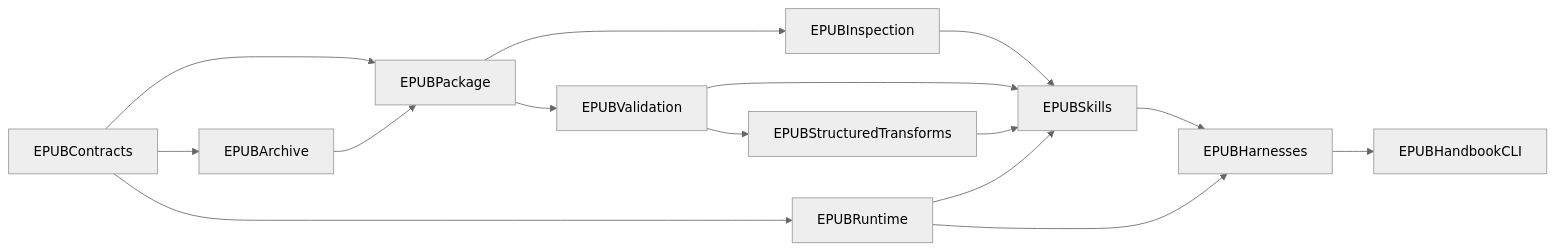
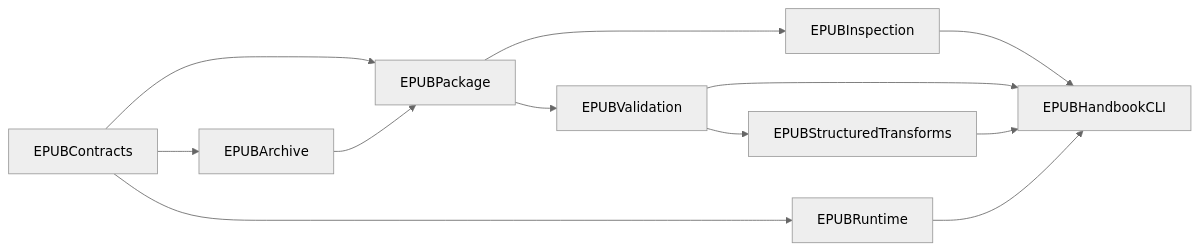
The diagram in docs/plans/2026-06-20-swift-core-macos-gui-plan.md (liyafly/epub-handbook), drawn with Mermaid (neutral theme) before and after one commit. The commit also changed other lines of this file and 19 other files, not shown here.

````diff
--- a/docs/plans/2026-06-20-swift-core-macos-gui-plan.md
+++ b/docs/plans/2026-06-20-swift-core-macos-gui-plan.md
@@ -74,17 +70,14 @@
 ```mermaid
 flowchart LR
     C[EPUBContracts] --> A[EPUBArchive]
     C --> P[EPUBPackage]
     A --> P
     P --> I[EPUBInspection]
     P --> V[EPUBValidation]
     V --> T[EPUBStructuredTransforms]
     C --> R[EPUBRuntime]
-    I --> S[EPUBSkills]
-    V --> S
-    T --> S
-    R --> S
-    S --> H[EPUBHarnesses]
-    R --> H
-    H --> CLI[EPUBHandbookCLI]
+    I --> CLI[EPUBHandbookCLI]
+    V --> CLI
+    T --> CLI
+    R --> CLI
 ```
````
